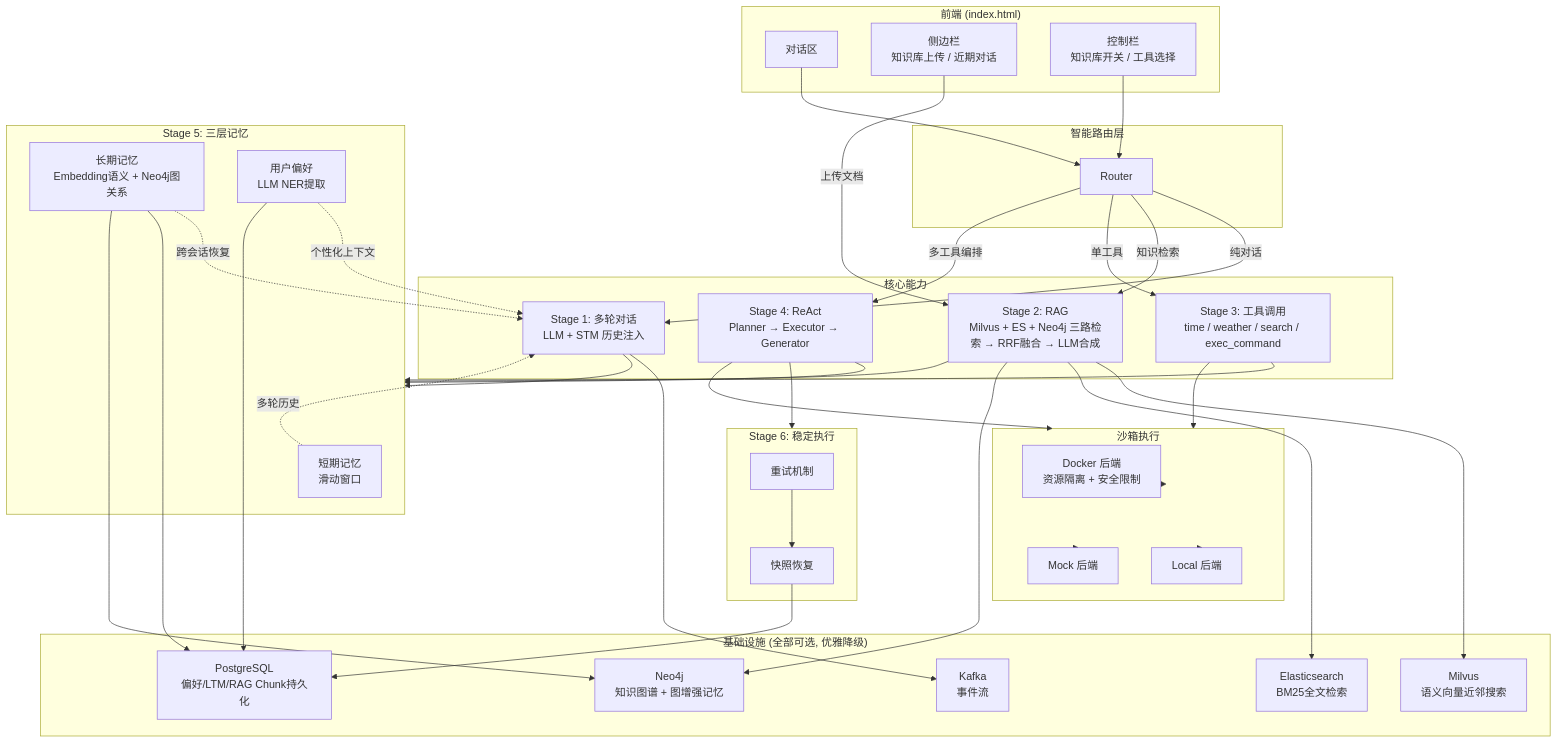
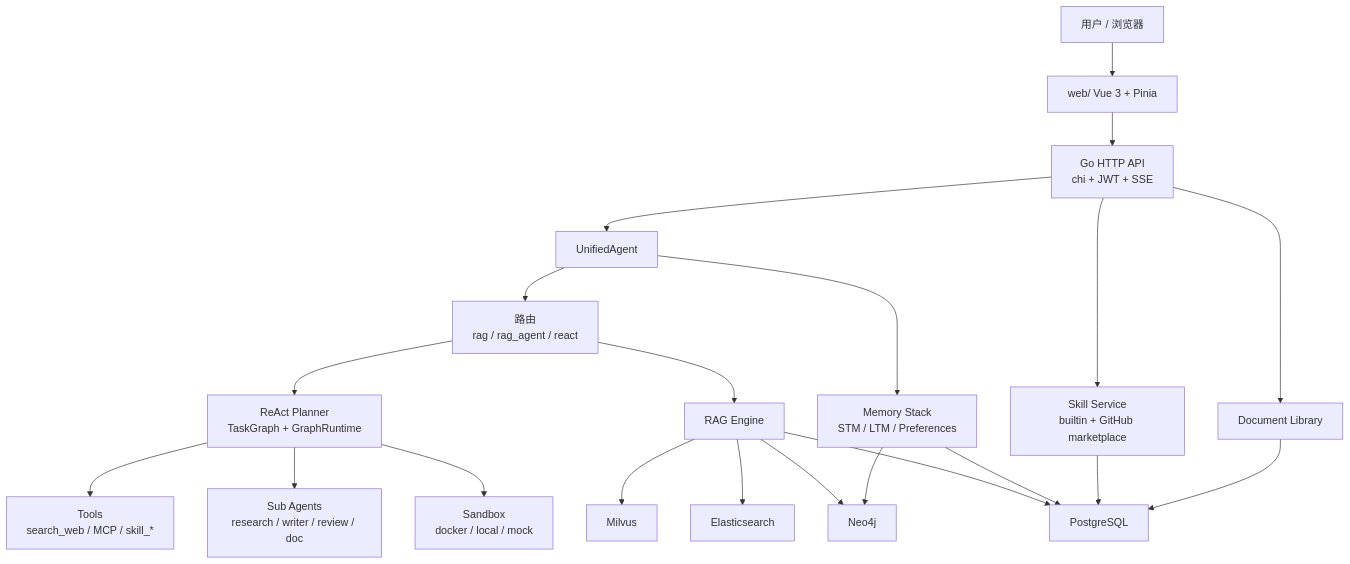
The first of 2 diagrams in README.md (young-dzy/agi), drawn with Mermaid before and after one commit. The commit also changed other lines of this file and 105 other files, not shown here.

````diff
--- a/README.md
+++ b/README.md
@@ -22,81 +25,29 @@
 ```mermaid
-graph TB
-    subgraph Frontend["前端 (index.html)"]
-        CHAT["对话区"]
-        SIDEBAR["侧边栏<br/>知识库上传 / 近期对话"]
-        CTRL["控制栏<br/>知识库开关 / 工具选择"]
-    end
+flowchart TB
+  User["用户 / 浏览器"] --> Web["web/ Vue 3 + Pinia"]
+  Web --> API["Go HTTP API<br/>chi + JWT + SSE"]
 
-    subgraph Router["智能路由层"]
-        R["Router"]
-    end
+  API --> Agent["UnifiedAgent"]
+  Agent --> Router["路由<br/>rag / rag_agent / react"]
+  Router --> React["ReAct Planner<br/>TaskGraph + GraphRuntime"]
+  Router --> RAG["RAG Engine"]
 
-    subgraph Core["核心能力"]
-        CHAT_ENGINE["Stage 1: 多轮对话<br/>LLM + STM 历史注入"]
-        RAG_ENGINE["Stage 2: RAG<br/>Milvus + ES + Neo4j 三路检索 → RRF融合 → LLM合成"]
-        TOOL_ENGINE["Stage 3: 工具调用<br/>time / weather / search / exec_command"]
-        REACT_ENGINE["Stage 4: ReAct<br/>Planner → Executor → Generator"]
-    end
+  React --> Tools["Tools<br/>search_web / MCP / skill_*"]
+  React --> SubAgents["Sub Agents<br/>research / writer / review / doc"]
+  React --> Sandbox["Sandbox<br/>docker / local / mock"]
 
-    subgraph Memory["Stage 5: 三层记忆"]
-        STM["短期记忆<br/>滑动窗口"]
-        LTM["长期记忆<br/>Embedding语义 + Neo4j图关系"]
-        PREF["用户偏好<br/>LLM NER提取"]
-    end
+  RAG --> Milvus["Milvus"]
+  RAG --> ES["Elasticsearch"]
+  RAG --> Neo4j["Neo4j"]
+  RAG --> PG["PostgreSQL"]
 
-    subgraph Harness["Stage 6: 稳定执行"]
-        RETRY["重试机制"]
-        SNAP["快照恢复"]
-    end
+  Agent --> Memory["Memory Stack<br/>STM / LTM / Preferences"]
+  Memory --> PG
+  Memory --> Neo4j
 
-    subgraph Sandbox["沙箱执行"]
-        DOCKER["Docker 后端<br/>资源隔离 + 安全限制"]
-        LOCAL["Local 后端"]
-        MOCK["Mock 后端"]
-    end
+  API --> SkillHub["Skill Service<br/>builtin + GitHub marketplace"]
+  SkillHub --> PG
 
-    subgraph Infra["基础设施 (全部可选, 优雅降级)"]
-        PG["PostgreSQL<br/>偏好/LTM/RAG Chunk持久化"]
-        MIL["Milvus<br/>语义向量近邻搜索"]
-        ES["Elasticsearch<br/>BM25全文检索"]
-        NEO["Neo4j<br/>知识图谱 + 图增强记忆"]
-        KAFKA["Kafka<br/>事件流"]
-    end
-
-    CHAT --> R
-    CTRL --> R
-
-    R -->|纯对话| CHAT_ENGINE
-    R -->|知识检索| RAG_ENGINE
-    R -->|单工具| TOOL_ENGINE
-    R -->|多工具编排| REACT_ENGINE
-
-    CHAT_ENGINE --> Memory
-    RAG_ENGINE --> Memory
-    TOOL_ENGINE --> Memory
-    REACT_ENGINE --> Memory
-    REACT_ENGINE --> Harness
-
-    TOOL_ENGINE --> Sandbox
-    REACT_ENGINE --> Sandbox
-    Sandbox --> DOCKER
-    Sandbox --> LOCAL
-    Sandbox --> MOCK
-
-    RETRY --> SNAP
-    SNAP --> PG
-
-    STM -.->|多轮历史| CHAT_ENGINE
-    LTM -.->|跨会话恢复| CHAT_ENGINE
-    PREF -.->|个性化上下文| CHAT_ENGINE
-
-    LTM --> PG
-    LTM --> NEO
-    PREF --> PG
-    RAG_ENGINE --> MIL
-    RAG_ENGINE --> ES
-    RAG_ENGINE --> NEO
-    CHAT_ENGINE --> KAFKA
-
-    SIDEBAR -->|上传文档| RAG_ENGINE
+  API --> Docs["Document Library"]
+  Docs --> PG
 ```
````
